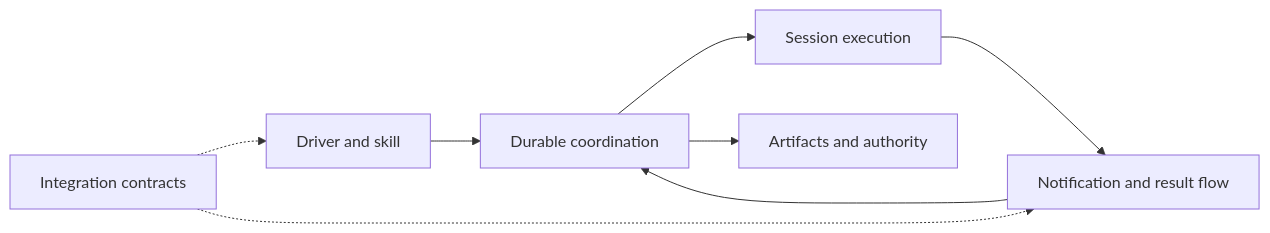
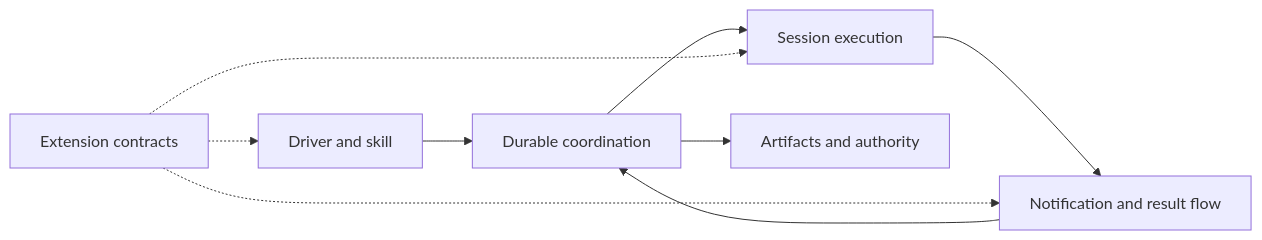
Before and after one commit to HarrisonBurst/Shephrd: the diagram in docs/design.md, drawn with Mermaid. The commit also changed other lines of this file, not shown here.

````diff
--- a/docs/design.md
+++ b/docs/design.md
@@ -32,10 +33,11 @@
 ```mermaid
 flowchart LR
     D[Driver and skill] --> C[Durable coordination]
     C --> S[Session execution]
     S --> N[Notification and result flow]
     N --> C
     C --> A[Artifacts and authority]
-    I[Integration contracts] -.-> D
-    I -.-> N
+    E[Extension contracts] -.-> D
+    E -.-> S
+    E -.-> N
 ```
````
